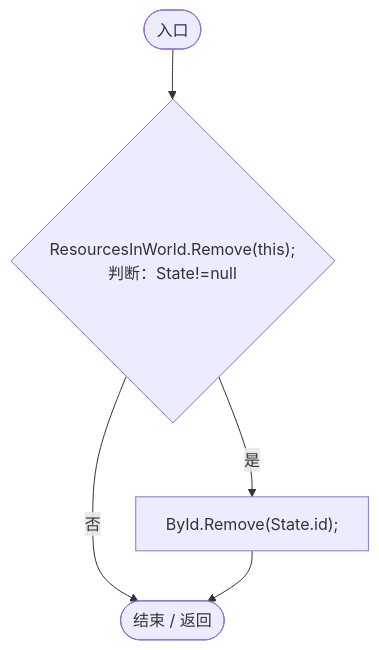
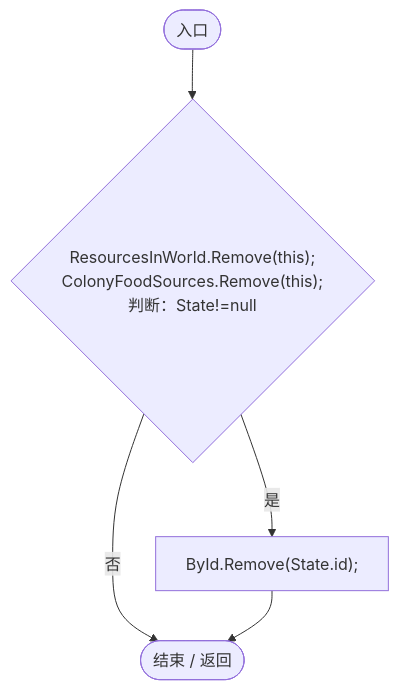
One commit to xhs6666/Darwin_paradise changed the eighth of 21 diagrams in Docs/运行流程图/脚本/293dbaecfff4b585.md. Above: the diagram before and after it, drawn with Mermaid. The commit also changed other lines of this file and 114 other files, not shown here.

Commit message:
fix: restore colony food access and document simulation hotspots

````diff
--- a/Docs/运行流程图/脚本/293dbaecfff4b585.md
+++ b/Docs/运行流程图/脚本/293dbaecfff4b585.md
@@ -206,12 +207,12 @@
 ```mermaid
 flowchart TD
   b0(["入口"])
-  b1{"ResourcesInWorld.Remove(this);<br/>判断：State!=null"}
+  b1{"ResourcesInWorld.Remove(this);<br/>ColonyFoodSources.Remove(this);<br/>判断：State!=null"}
   b2["ById.Remove(State.id);"]
   b3(["结束 / 返回"])
   b0 --> b1
   b1 -->|"是"| b2
   b1 -->|"否"| b3
   b2 --> b3
 
 ```
````
